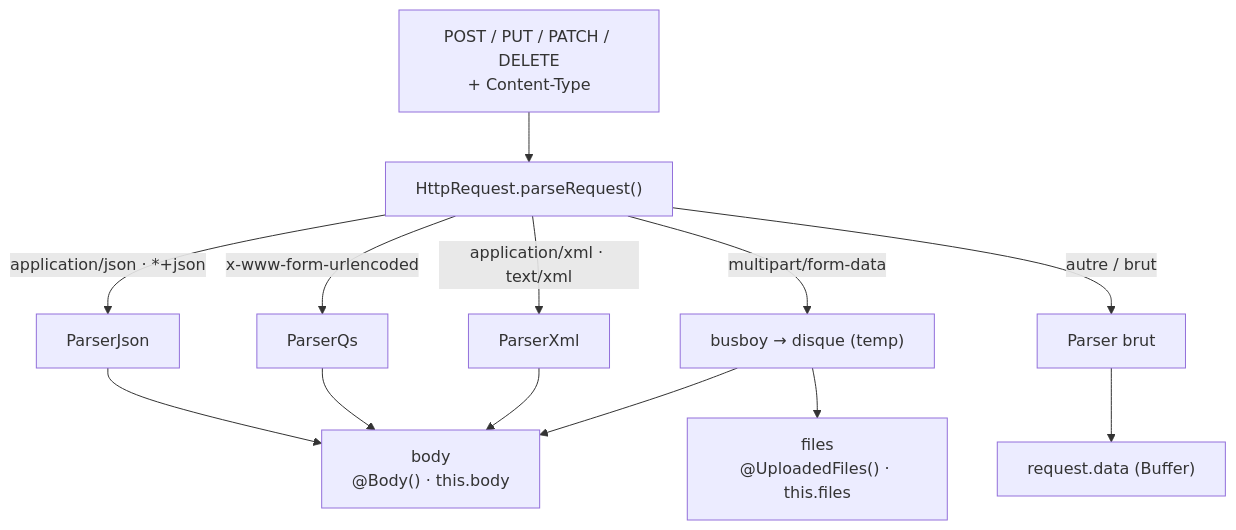
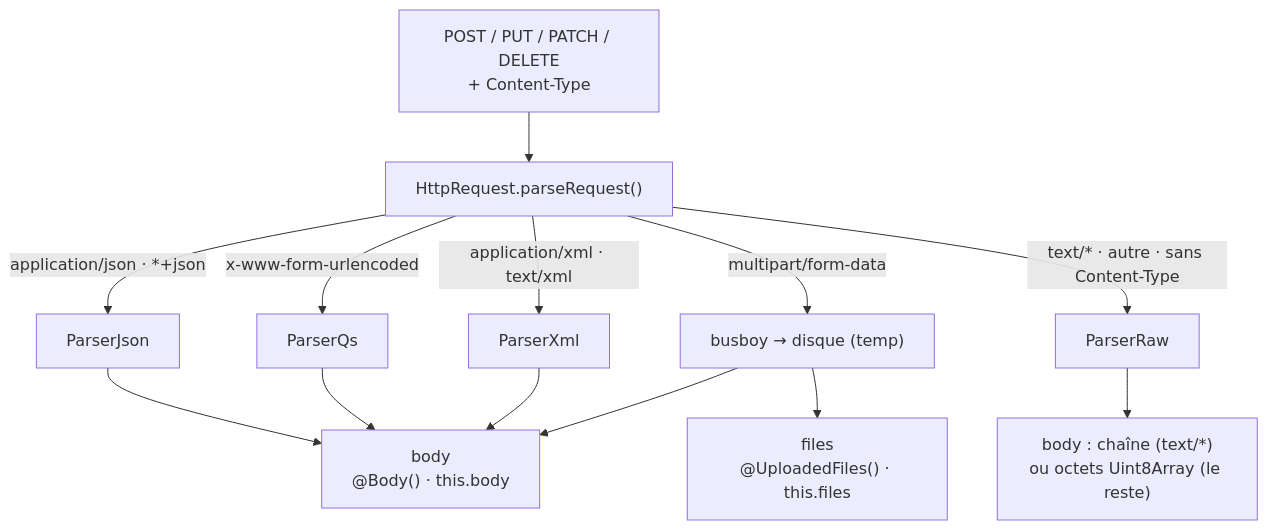
Before and after one commit to nodefony/nodefony-core: the first of 2 diagrams in src/packages/@nodefony/http/docs/upload.md, drawn with Mermaid. The commit also changed other lines of this file and 59 other files, not shown here.

````diff
--- a/src/packages/@nodefony/http/docs/upload.md
+++ b/src/packages/@nodefony/http/docs/upload.md
@@ -47,15 +47,15 @@
 ```mermaid
 flowchart TD
   REQ["POST / PUT / PATCH / DELETE<br/>+ Content-Type"] --> RT["HttpRequest.parseRequest()"]
   RT -->|"application/json · *+json"| J["ParserJson"]
   RT -->|"x-www-form-urlencoded"| Q["ParserQs"]
   RT -->|"application/xml · text/xml"| X["ParserXml"]
   RT -->|"multipart/form-data"| M["busboy → disque (temp)"]
-  RT -->|"autre / brut"| B["Parser brut"]
+  RT -->|"text/* · autre · sans Content-Type"| B["ParserRaw"]
   J --> QP["body<br/>@Body() · this.body"]
   Q --> QP
   X --> QP
   M --> QF["files<br/>@UploadedFiles() · this.files"]
   M --> QP
-  B --> DATA["request.data (Buffer)"]
+  B --> RAW["body : chaîne (text/*)<br/>ou octets Uint8Array (le reste)"]
 ```
````
